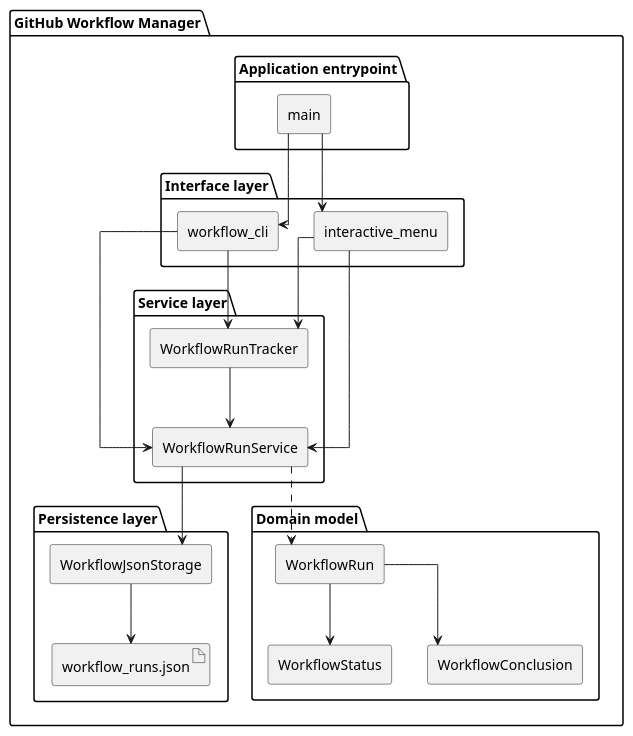
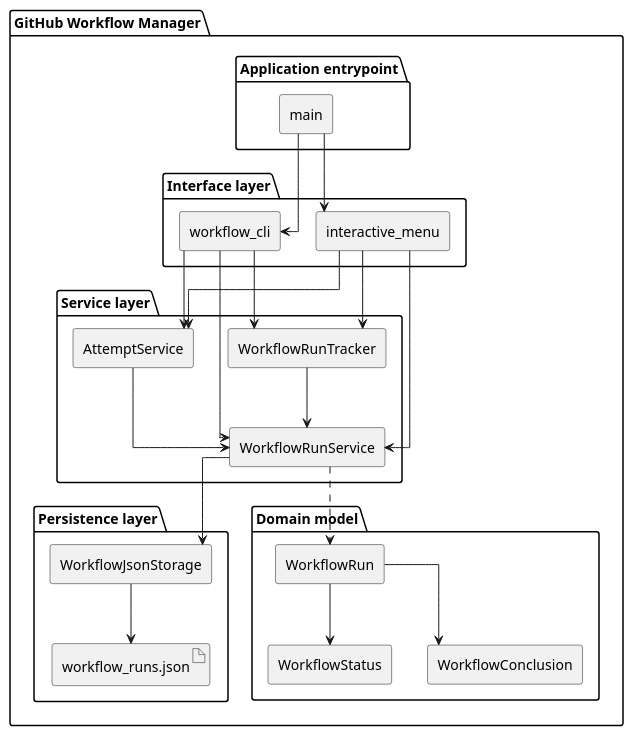
The diagram in experiments/supervisor_as_tools/user_stories/github-workflow-manager/artifacts/component_diagram.puml (DanielRiha8906/Software_autoevolution_using_agents), drawn with PlantUML before and after one commit. The commit also changed 10 other files, not shown here.

First line of the commit message:
Task 04: Implement AttemptService for attempt management

```diff
--- a/experiments/supervisor_as_tools/user_stories/github-workflow-manager/artifacts/component_diagram.puml
+++ b/experiments/supervisor_as_tools/user_stories/github-workflow-manager/artifacts/component_diagram.puml
@@ -1,52 +1,57 @@
 @startuml component_diagram
 
 skinparam componentStyle rectangle
 skinparam linetype ortho
 top to bottom direction
 
 package "GitHub Workflow Manager" {
 
   package "Application entrypoint" {
     component "main" as MAIN
   }
 
   package "Interface layer" {
     component "workflow_cli" as CLI
     component "interactive_menu" as IM
   }
 
   package "Service layer" {
     component "WorkflowRunTracker" as TRACKER
     component "WorkflowRunService" as SVC
+    component "AttemptService" as ATTEMPT
   }
 
   package "Persistence layer" {
     component "WorkflowJsonStorage" as STOR
     artifact "workflow_runs.json" as JSON_FILE
   }
 
   package "Domain model" {
     component "WorkflowRun" as RUN
     component "WorkflowStatus" as STATUS
     component "WorkflowConclusion" as CONCLUSION
   }
 }
 
 MAIN --> CLI
 MAIN --> IM
 
 CLI --> TRACKER
 IM --> TRACKER
 
 CLI --> SVC
 IM --> SVC
 
+CLI --> ATTEMPT
+IM --> ATTEMPT
+
 TRACKER --> SVC
+ATTEMPT --> SVC
 SVC --> STOR
 STOR --> JSON_FILE
 
 SVC ..> RUN
 RUN --> STATUS
 RUN --> CONCLUSION
 
 @enduml
```
